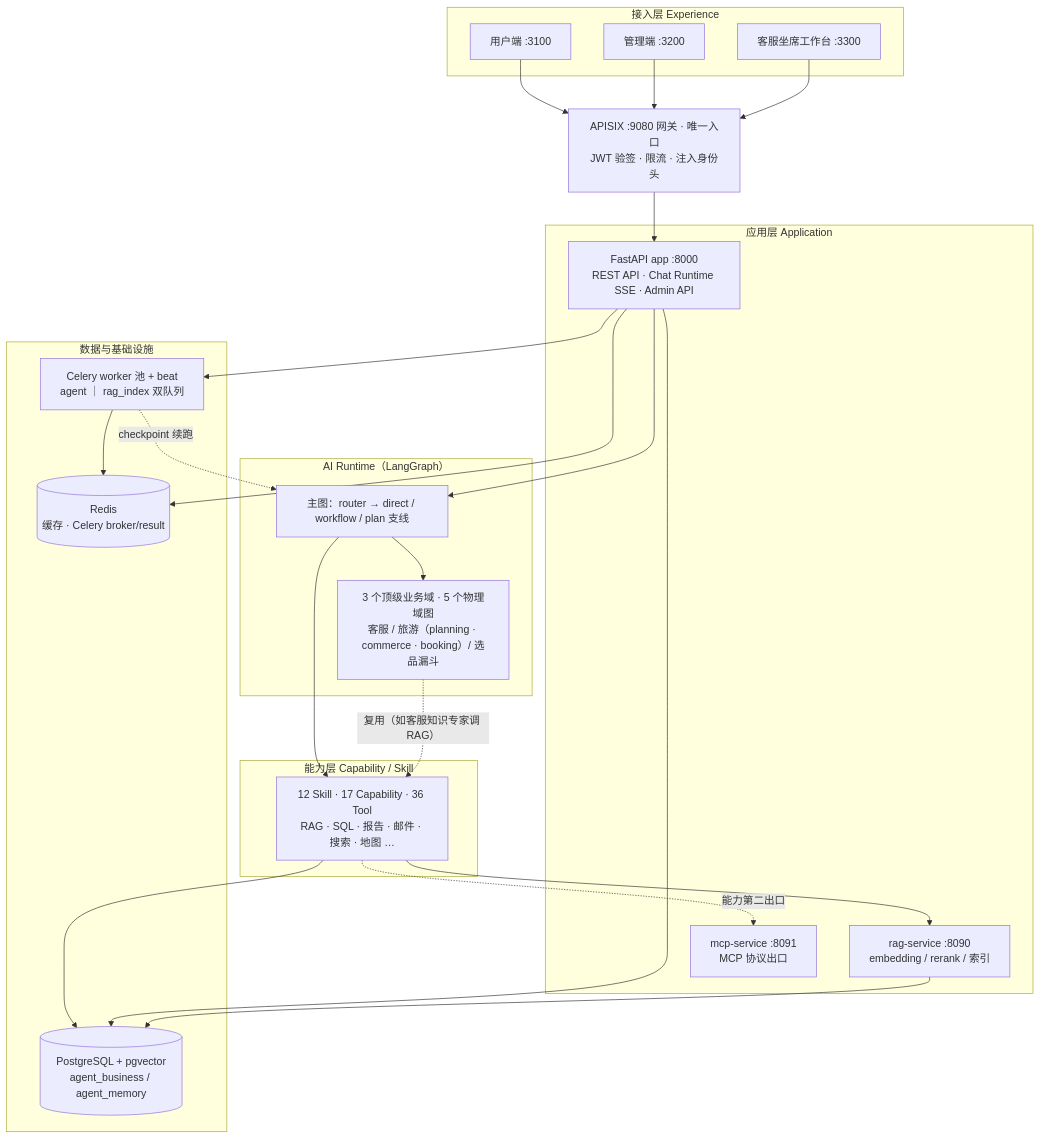
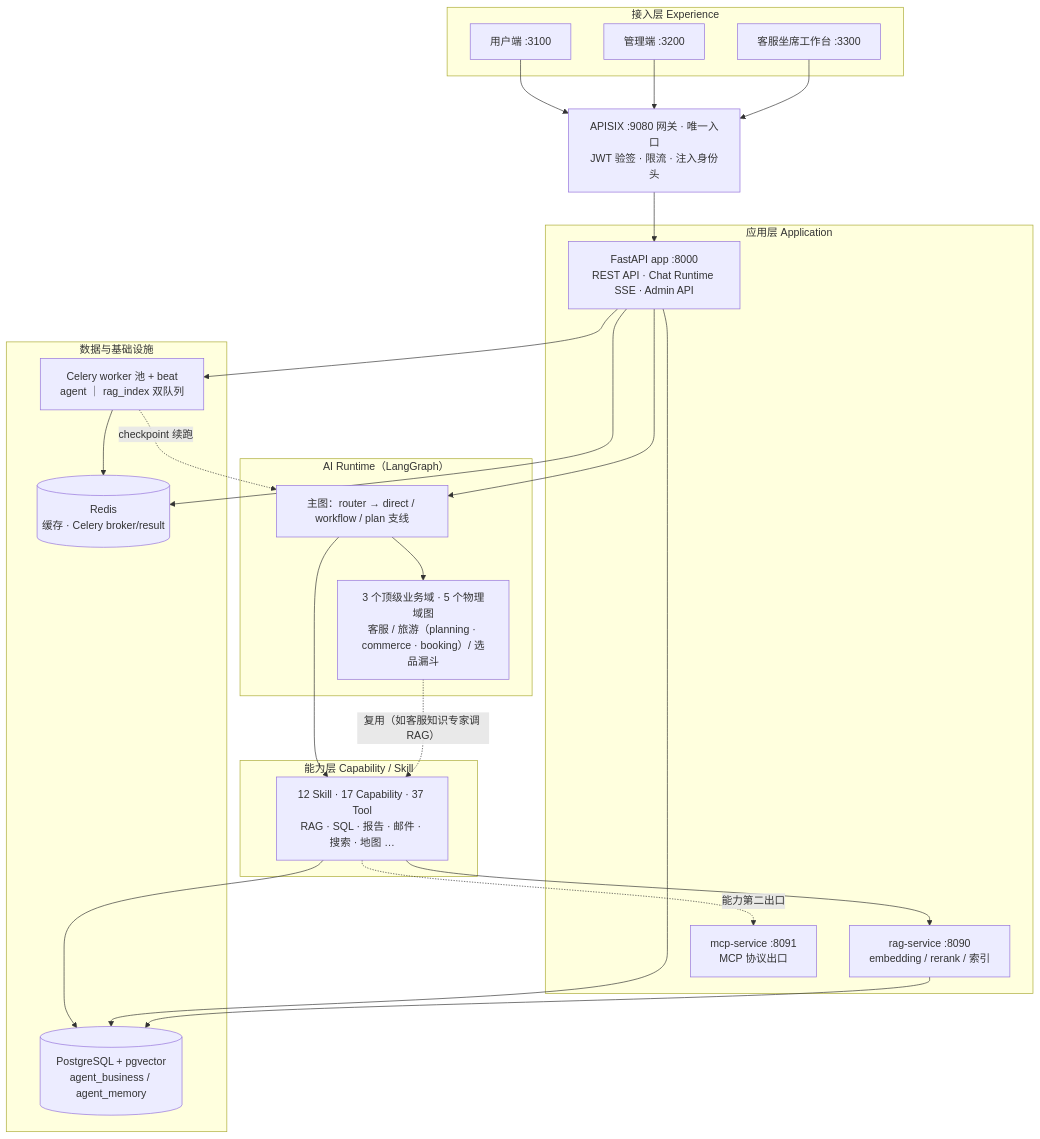
The first of 3 diagrams in README.md (Jayus-07/agent), drawn with Mermaid before and after one commit. The commit also changed other lines of this file and 14 other files, not shown here.

````diff
--- a/README.md
+++ b/README.md
@@ -21,49 +21,49 @@
 ```mermaid
 flowchart TB
     subgraph EXP["接入层 Experience"]
         WEB["用户端 :3100"]
         ADM["管理端 :3200"]
         CSW["客服坐席工作台 :3300"]
     end
 
     GW["APISIX :9080 网关 · 唯一入口<br/>JWT 验签 · 限流 · 注入身份头"]
 
     subgraph APPL["应用层 Application"]
         APP["FastAPI app :8000<br/>REST API · Chat Runtime SSE · Admin API"]
         RAGS["rag-service :8090<br/>embedding / rerank / 索引"]
         MCPS["mcp-service :8091<br/>MCP 协议出口"]
     end
 
     subgraph AIRT["AI Runtime（LangGraph）"]
         MAIN["主图：router → direct / workflow / plan 支线"]
         DOM["3 个顶级业务域 · 5 个物理域图<br/>客服 / 旅游（planning · commerce · booking）/ 选品漏斗"]
     end
 
     subgraph CAPL["能力层 Capability / Skill"]
-        SK["12 Skill · 17 Capability · 36 Tool<br/>RAG · SQL · 报告 · 邮件 · 搜索 · 地图 …"]
+        SK["12 Skill · 17 Capability · 37 Tool<br/>RAG · SQL · 报告 · 邮件 · 搜索 · 地图 …"]
     end
 
     subgraph INFRA["数据与基础设施"]
         PG[("PostgreSQL + pgvector<br/>agent_business / agent_memory")]
         RD[("Redis<br/>缓存 · Celery broker/result")]
         CEL["Celery worker 池 + beat<br/>agent ｜ rag_index 双队列"]
     end
 
     WEB --> GW
     ADM --> GW
     CSW --> GW
     GW --> APP
     APP --> MAIN
     MAIN --> DOM
     MAIN --> SK
     DOM -.->|"复用（如客服知识专家调 RAG）"| SK
     SK --> RAGS
     SK --> PG
     APP --> CEL
     APP --> PG
     APP --> RD
     CEL --> RD
     RAGS --> PG
     SK -.->|"能力第二出口"| MCPS
     CEL -.->|"checkpoint 续跑"| MAIN
 ```
````
